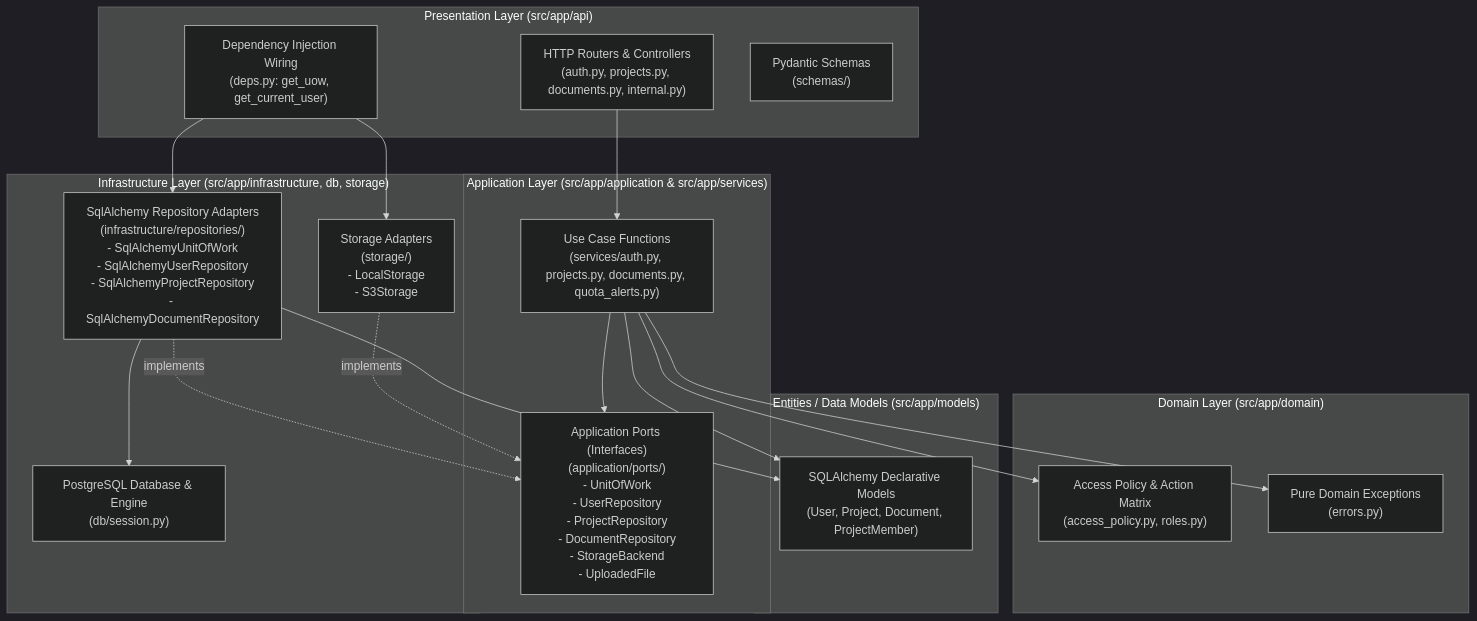
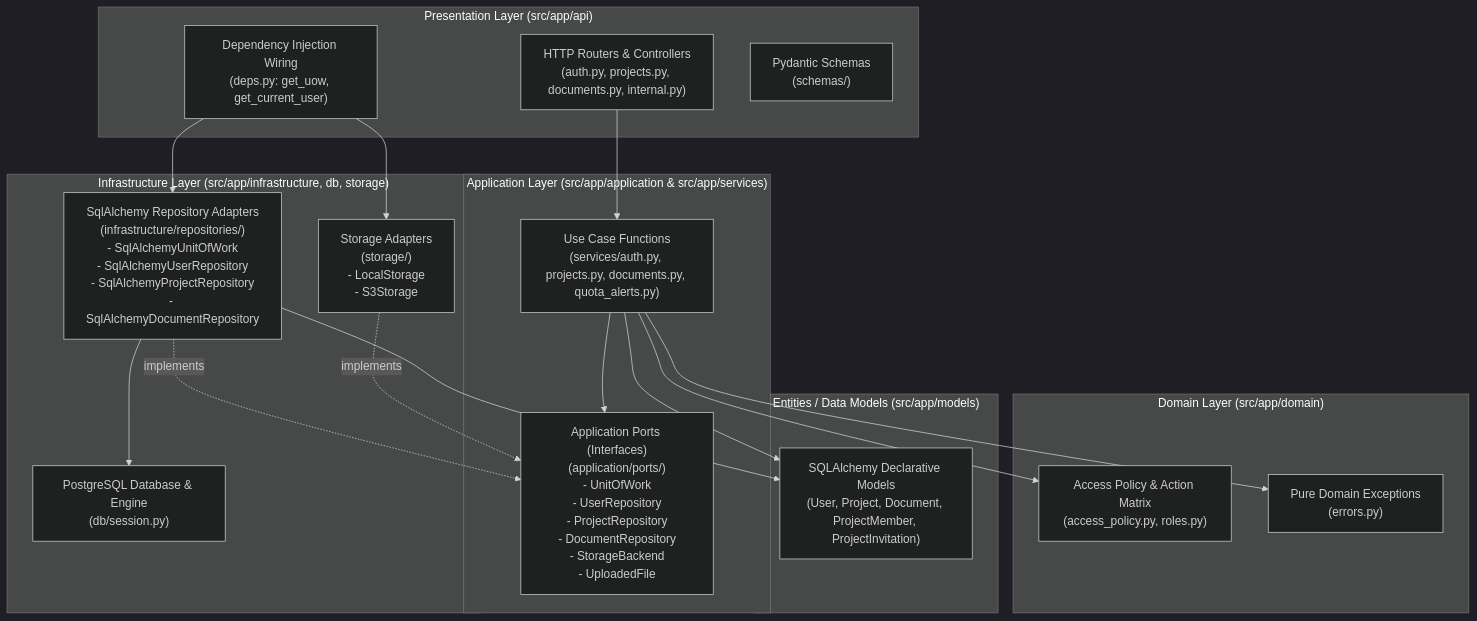
One commit to YASOFIIA/project-managment changed the diagram in docs/ARCHITECTURE.md. Above: the diagram before and after it, drawn with Mermaid (dark theme). The commit also changed other lines of this file and 34 other files, not shown here.

````diff
--- a/docs/ARCHITECTURE.md
+++ b/docs/ARCHITECTURE.md
@@ -7,40 +7,40 @@
 ```mermaid
 flowchart TD
     subgraph Presentation["Presentation Layer (src/app/api)"]
         Routes["HTTP Routers & Controllers<br/>(auth.py, projects.py, documents.py, internal.py)"]
         Deps["Dependency Injection Wiring<br/>(deps.py: get_uow, get_current_user)"]
         Schemas["Pydantic Schemas<br/>(schemas/)"]
     end
 
     subgraph Application["Application Layer (src/app/application & src/app/services)"]
         UseCases["Use Case Functions<br/>(services/auth.py, projects.py, documents.py, quota_alerts.py)"]
         Ports["Application Ports (Interfaces)<br/>(application/ports/)<br/>- UnitOfWork<br/>- UserRepository<br/>- ProjectRepository<br/>- DocumentRepository<br/>- StorageBackend<br/>- UploadedFile"]
     end
 
     subgraph Domain["Domain Layer (src/app/domain)"]
         AccessPolicy["Access Policy & Action Matrix<br/>(access_policy.py, roles.py)"]
         DomainErrors["Pure Domain Exceptions<br/>(errors.py)"]
     end
 
     subgraph Infrastructure["Infrastructure Layer (src/app/infrastructure, db, storage)"]
         SqlAdapters["SqlAlchemy Repository Adapters<br/>(infrastructure/repositories/)<br/>- SqlAlchemyUnitOfWork<br/>- SqlAlchemyUserRepository<br/>- SqlAlchemyProjectRepository<br/>- SqlAlchemyDocumentRepository"]
         StorageAdapters["Storage Adapters<br/>(storage/)<br/>- LocalStorage<br/>- S3Storage"]
         Database["PostgreSQL Database & Engine<br/>(db/session.py)"]
     end
 
     subgraph SharedModels["Entities / Data Models (src/app/models)"]
-        Models["SQLAlchemy Declarative Models<br/>(User, Project, Document, ProjectMember)"]
+        Models["SQLAlchemy Declarative Models<br/>(User, Project, Document, ProjectMember, ProjectInvitation)"]
     end
 
     Routes --> UseCases
     Deps --> SqlAdapters
     Deps --> StorageAdapters
     UseCases --> Ports
     UseCases --> AccessPolicy
     UseCases --> DomainErrors
     SqlAdapters -.->|implements| Ports
     StorageAdapters -.->|implements| Ports
     SqlAdapters --> Database
     SqlAdapters --> Models
     UseCases --> Models
 ```
````
